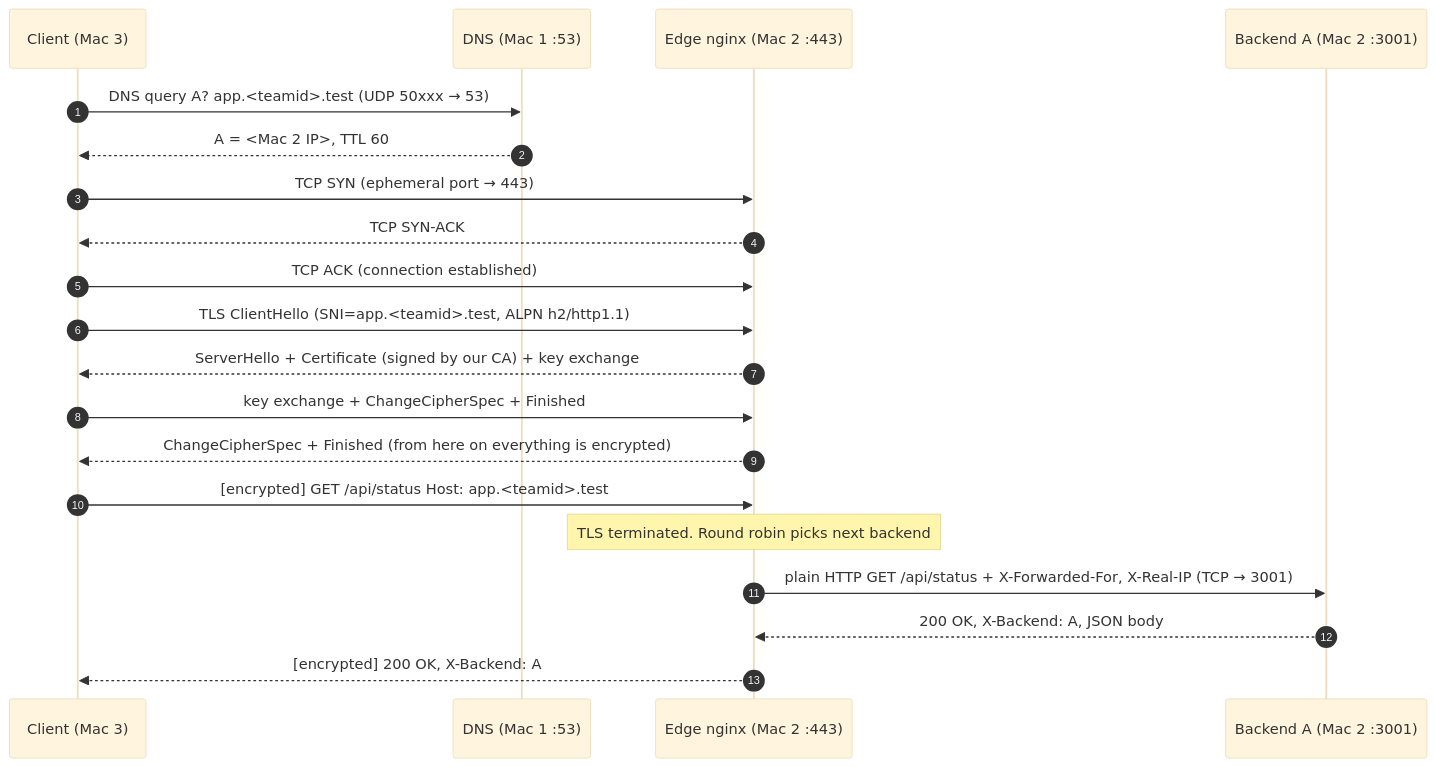
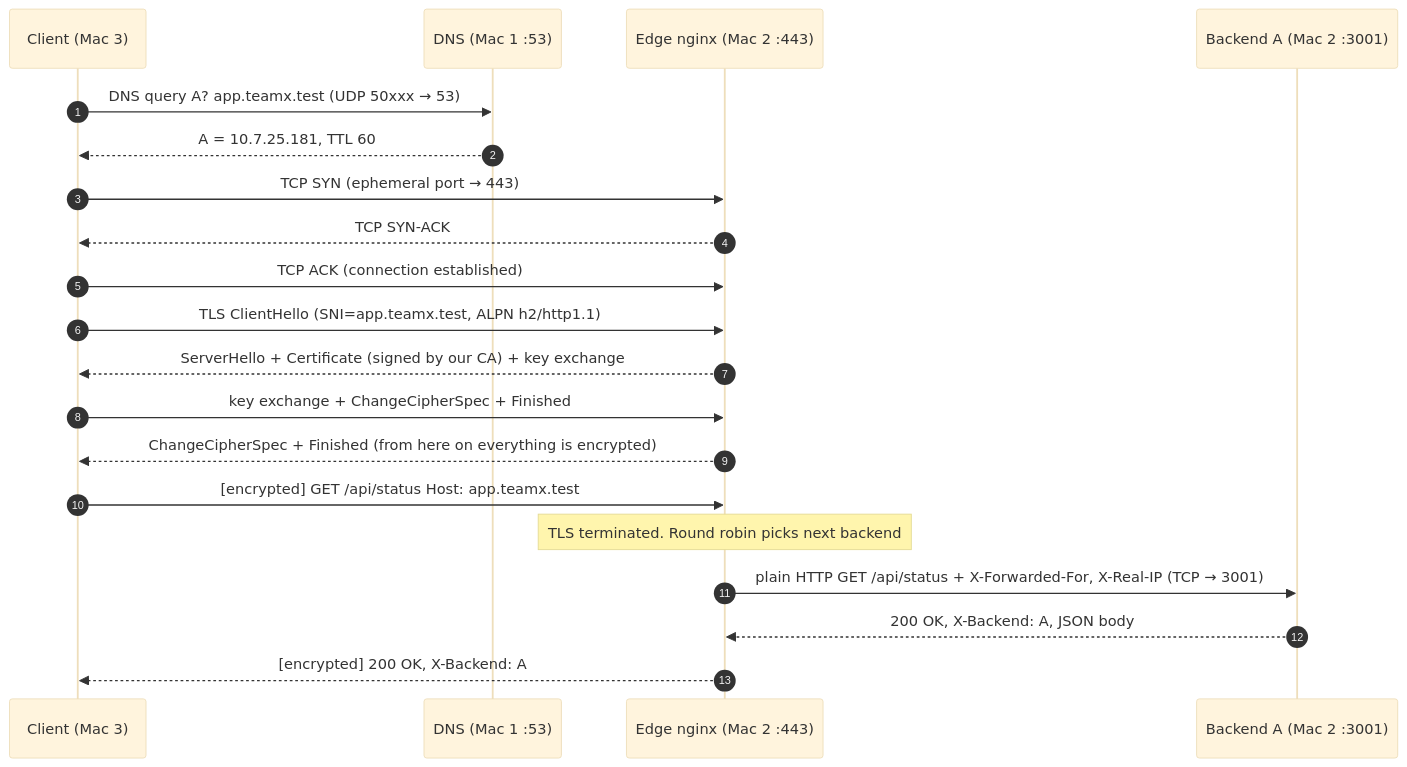
One commit to SamadhiyaAditya/CN_Phase1 changed the second of 2 diagrams in docs/ARCHITECTURE.md. Above: the diagram before and after it, drawn with Mermaid (base theme). The commit also changed other lines of this file and 2 other files, not shown here.

````diff
--- a/docs/ARCHITECTURE.md
+++ b/docs/ARCHITECTURE.md
@@ -79,22 +79,22 @@
 ```mermaid
 sequenceDiagram
   autonumber
   participant C as Client (Mac 3)
   participant D as DNS (Mac 1 :53)
   participant E as Edge nginx (Mac 2 :443)
   participant A as Backend A (Mac 2 :3001)
-  C->>D: DNS query A? app.<teamid>.test   (UDP 50xxx → 53)
-  D-->>C: A = <Mac 2 IP>, TTL 60
+  C->>D: DNS query A? app.teamx.test   (UDP 50xxx → 53)
+  D-->>C: A = 10.7.25.181, TTL 60
   C->>E: TCP SYN          (ephemeral port → 443)
   E-->>C: TCP SYN-ACK
   C->>E: TCP ACK          (connection established)
-  C->>E: TLS ClientHello  (SNI=app.<teamid>.test, ALPN h2/http1.1)
+  C->>E: TLS ClientHello  (SNI=app.teamx.test, ALPN h2/http1.1)
   E-->>C: ServerHello + Certificate (signed by our CA) + key exchange
   C->>E: key exchange + ChangeCipherSpec + Finished
   E-->>C: ChangeCipherSpec + Finished   (from here on everything is encrypted)
-  C->>E: [encrypted] GET /api/status  Host: app.<teamid>.test
+  C->>E: [encrypted] GET /api/status  Host: app.teamx.test
   Note over E: TLS terminated. Round robin picks next backend
   E->>A: plain HTTP GET /api/status  + X-Forwarded-For, X-Real-IP  (TCP → 3001)
   A-->>E: 200 OK, X-Backend: A, JSON body
   E-->>C: [encrypted] 200 OK, X-Backend: A
 ```
````
